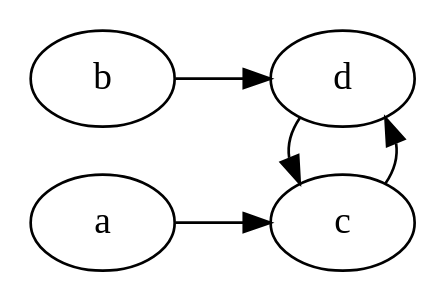
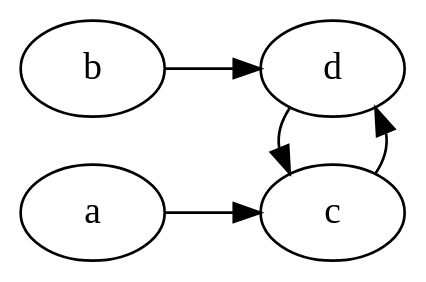
Before and after one commit to paulhuggett/digraph-hash: the diagram in docs/images/loop.dot, drawn with Graphviz. The commit also changed 3 other files, not shown here.

Commit message:
Graph backgrounds are now transparent.

```diff
--- a/docs/images/loop.dot
+++ b/docs/images/loop.dot
@@ -1,9 +1,10 @@
 digraph G {
     rankdir = LR;
+    graph [bgcolor=transparent];
     a -> c;
     b -> d;
     { rank = same; a; b; }
     c -> d;
     d -> c;
     { rank = same; c; d; }
 }
```
